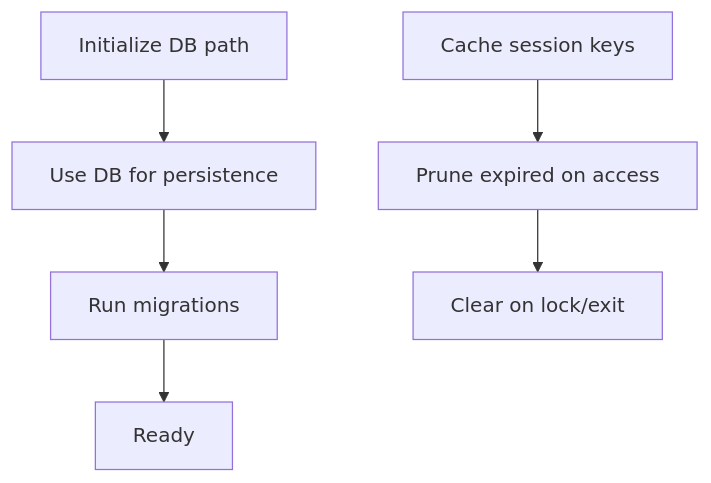
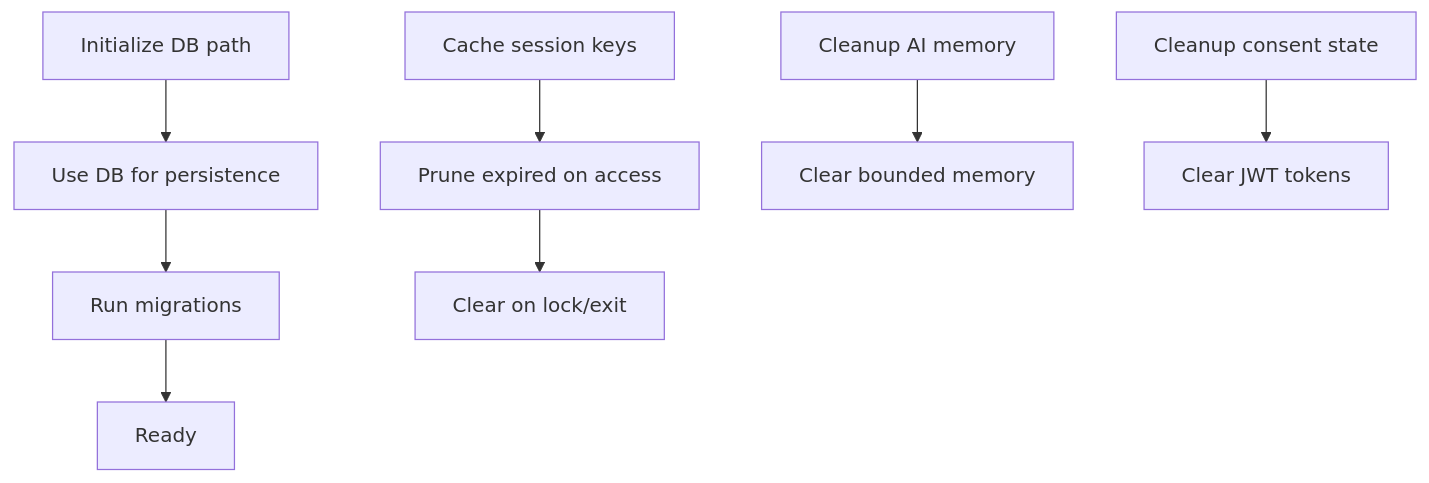
The ninth of 12 diagrams in .qoder/repowiki/en/content/Backend Services Architecture/Service Layer Overview.md (sanketnighot/shadow-protocol), drawn with Mermaid before and after one commit. The commit also changed other lines of this file and 9 other files, not shown here.

First line of the commit message:
feat: Enhance SHADOW Protocol with new Flow and AI services integration

````diff
--- a/.qoder/repowiki/en/content/Backend Services Architecture/Service Layer Overview.md
+++ b/.qoder/repowiki/en/content/Backend Services Architecture/Service Layer Overview.md
@@ -279,8 +403,10 @@
 ```mermaid
 flowchart TD
 InitDB["Initialize DB path"] --> UseDB["Use DB for persistence"]
 UseDB --> Migrate["Run migrations"]
 Migrate --> Ready["Ready"]
 Cache["Cache session keys"] --> Prune["Prune expired on access"]
 Prune --> Clear["Clear on lock/exit"]
+CleanupAI["Cleanup AI memory"] --> ClearAI["Clear bounded memory"]
+CleanupConsent["Cleanup consent state"] --> ClearConsent["Clear JWT tokens"]
 ```
````
